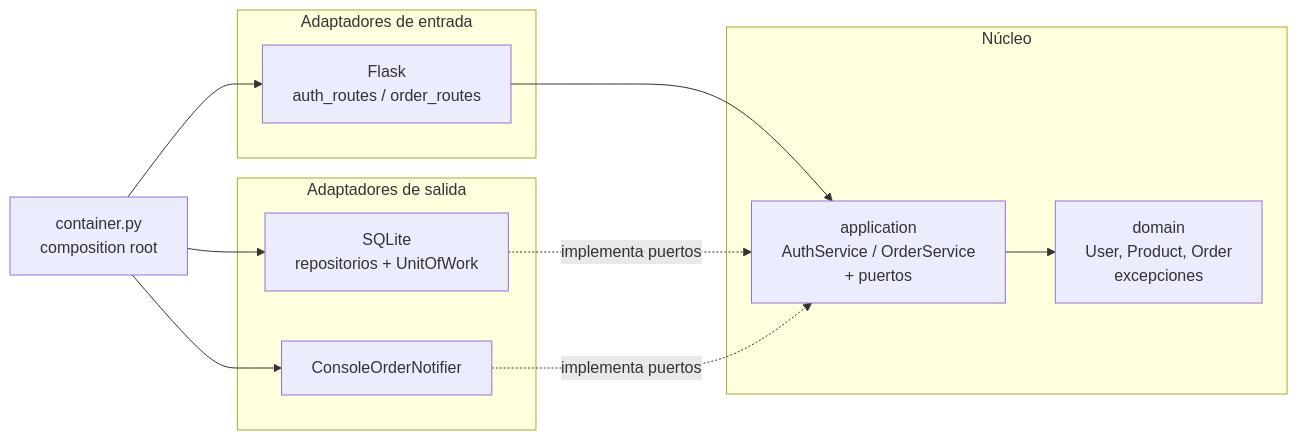
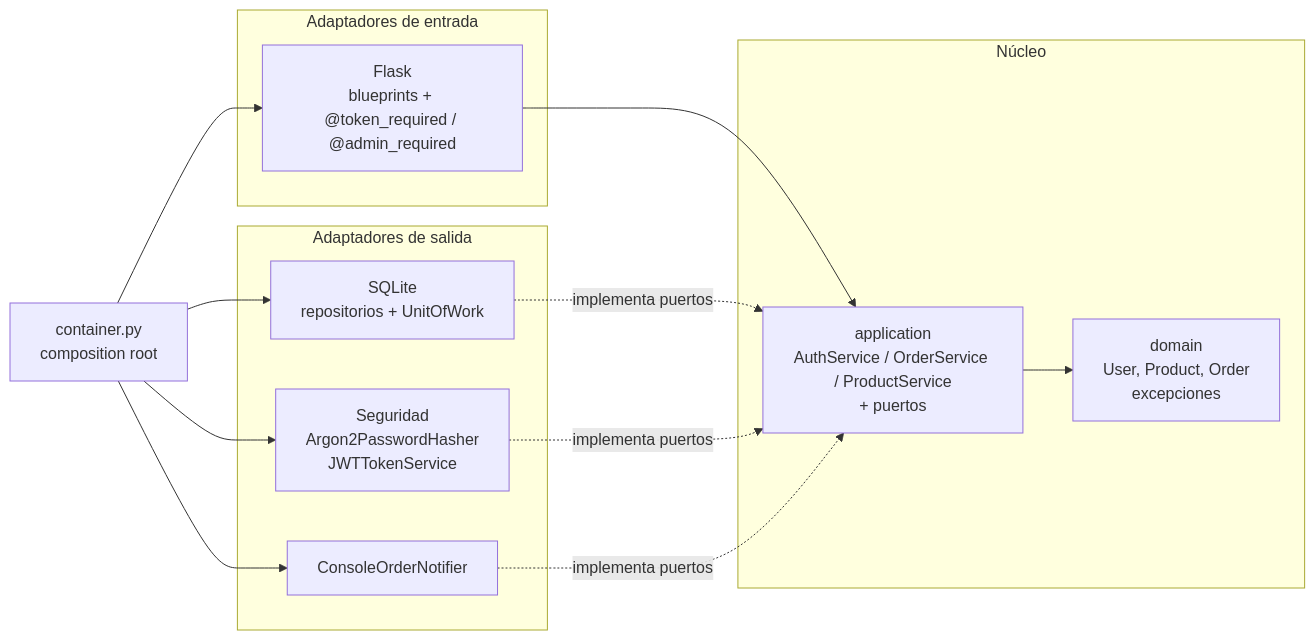
One commit to s-pulgarin/legacy-order-hub changed the first of 3 diagrams in docs/ARCHITECTURE.md. Above: the diagram before and after it, drawn with Mermaid. The commit also changed other lines of this file and 12 other files, not shown here.

````diff
--- a/docs/ARCHITECTURE.md
+++ b/docs/ARCHITECTURE.md
@@ -15,22 +46,25 @@
 ```mermaid
 flowchart LR
-    subgraph Adaptadores de entrada
-        WEB[Flask<br/>auth_routes / order_routes]
+    subgraph IN[Adaptadores de entrada]
+        WEB[Flask<br/>blueprints + @token_required / @admin_required]
     end
-    subgraph Núcleo
-        APP[application<br/>AuthService / OrderService<br/>+ puertos]
+    subgraph CORE[Núcleo]
+        APP[application<br/>AuthService / OrderService / ProductService<br/>+ puertos]
         DOM[domain<br/>User, Product, Order<br/>excepciones]
     end
-    subgraph Adaptadores de salida
+    subgraph OUT[Adaptadores de salida]
         SQL[SQLite<br/>repositorios + UnitOfWork]
+        SEC[Seguridad<br/>Argon2PasswordHasher<br/>JWTTokenService]
         NOT[ConsoleOrderNotifier]
     end
 
     WEB --> APP
     APP --> DOM
     SQL -. implementa puertos .-> APP
+    SEC -. implementa puertos .-> APP
     NOT -. implementa puertos .-> APP
     C[container.py<br/>composition root] --> WEB
     C --> SQL
+    C --> SEC
     C --> NOT
 ```
````
